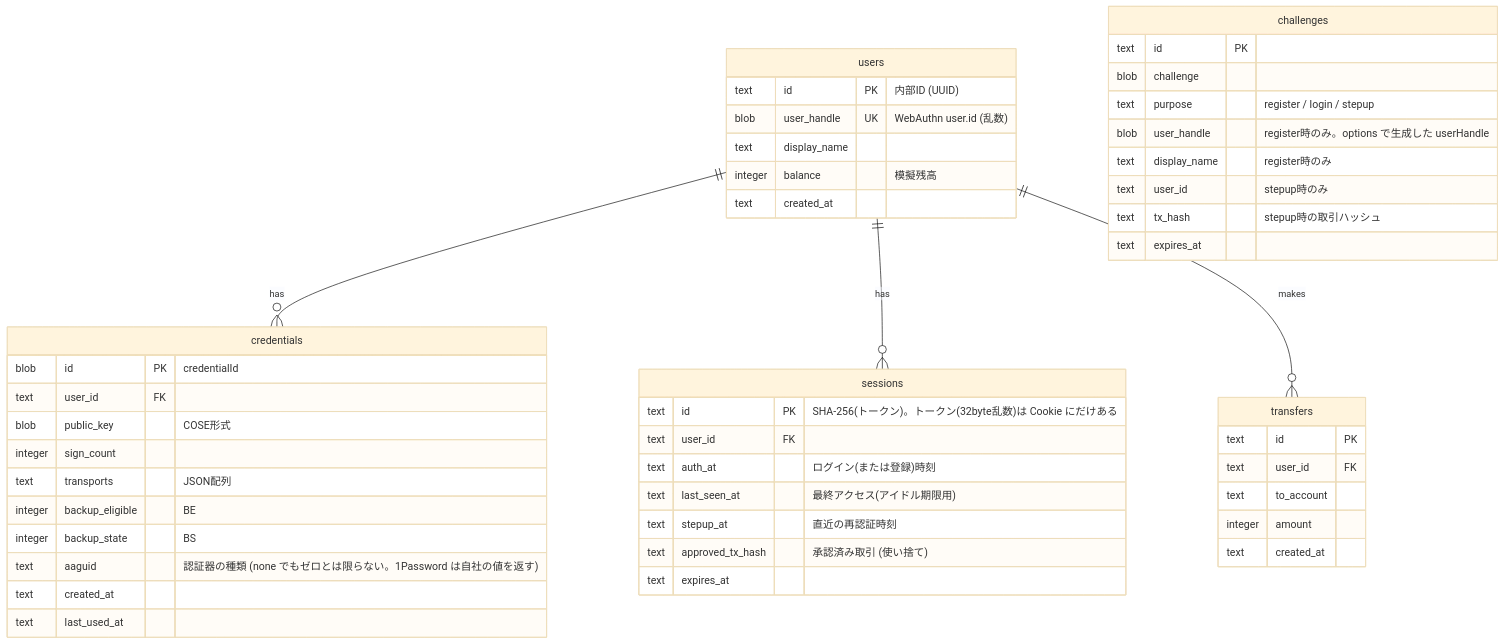
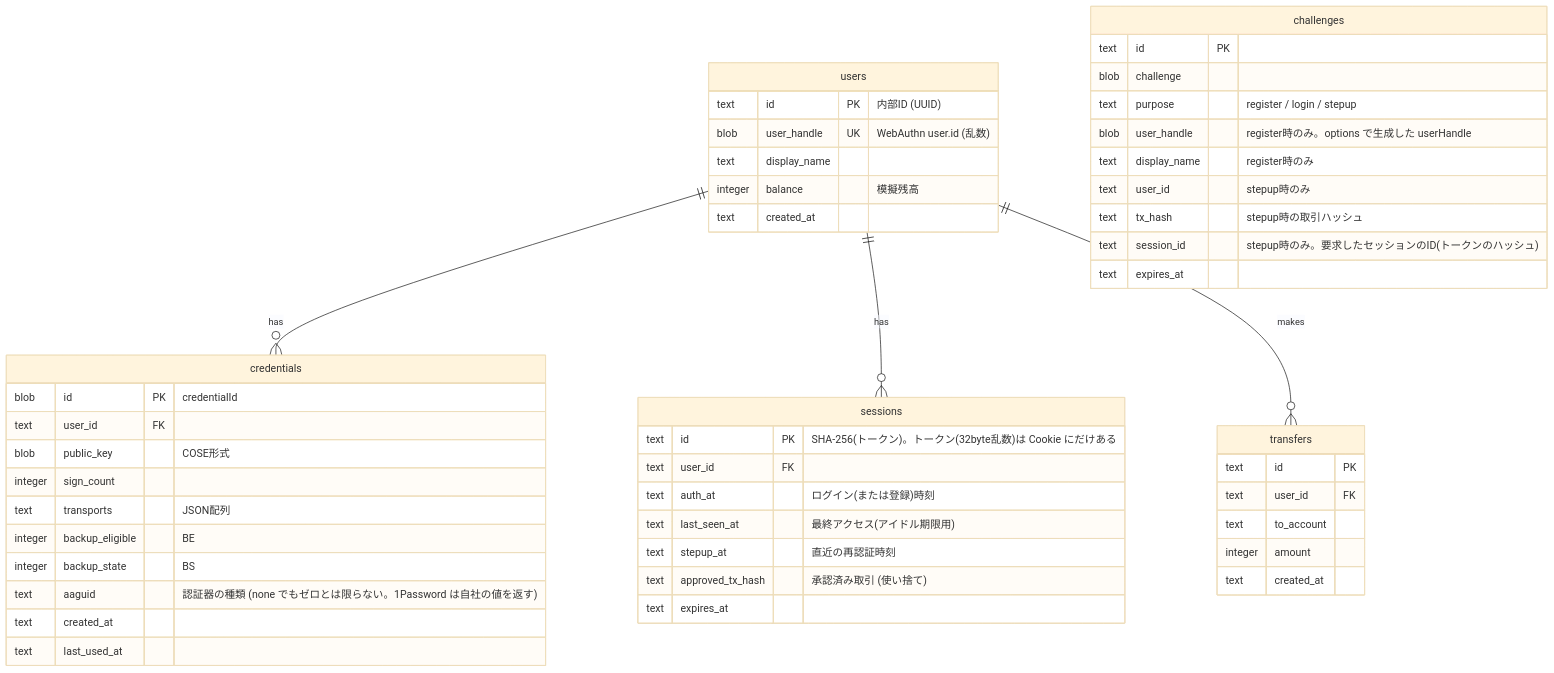
Before and after one commit to KazusaNakagawa/try-pass-key: the sixth of 6 diagrams in docs/01-architecture-proposal-poc.md, drawn with Mermaid (base theme). The commit also changed other lines of this file and 2 other files, not shown here.

First line of the commit message:
docs: Record the step-up session binding (D40) and the review fixes

````diff
--- a/docs/01-architecture-proposal-poc.md
+++ b/docs/01-architecture-proposal-poc.md
@@ -410,52 +410,53 @@
 ```mermaid
 erDiagram
   users ||--o{ credentials : has
   users ||--o{ sessions : has
   users ||--o{ transfers : makes
 
   users {
     text id PK "内部ID (UUID)"
     blob user_handle UK "WebAuthn user.id (乱数)"
     text display_name
     integer balance "模擬残高"
     text created_at
   }
   credentials {
     blob id PK "credentialId"
     text user_id FK
     blob public_key "COSE形式"
     integer sign_count
     text transports "JSON配列"
     integer backup_eligible "BE"
     integer backup_state "BS"
     text aaguid "認証器の種類 (none でもゼロとは限らない。1Password は自社の値を返す)"
     text created_at
     text last_used_at
   }
   challenges {
     text id PK
     blob challenge
     text purpose "register / login / stepup"
     blob user_handle "register時のみ。options で生成した userHandle"
     text display_name "register時のみ"
     text user_id "stepup時のみ"
     text tx_hash "stepup時の取引ハッシュ"
+    text session_id "stepup時のみ。要求したセッションのID(トークンのハッシュ)"
     text expires_at
   }
   sessions {
     text id PK "SHA-256(トークン)。トークン(32byte乱数)は Cookie にだけある"
     text user_id FK
     text auth_at "ログイン(または登録)時刻"
     text last_seen_at "最終アクセス(アイドル期限用)"
     text stepup_at "直近の再認証時刻"
     text approved_tx_hash "承認済み取引 (使い捨て)"
     text expires_at
   }
   transfers {
     text id PK
     text user_id FK
     text to_account
     integer amount
     text created_at
   }
 ```
````
